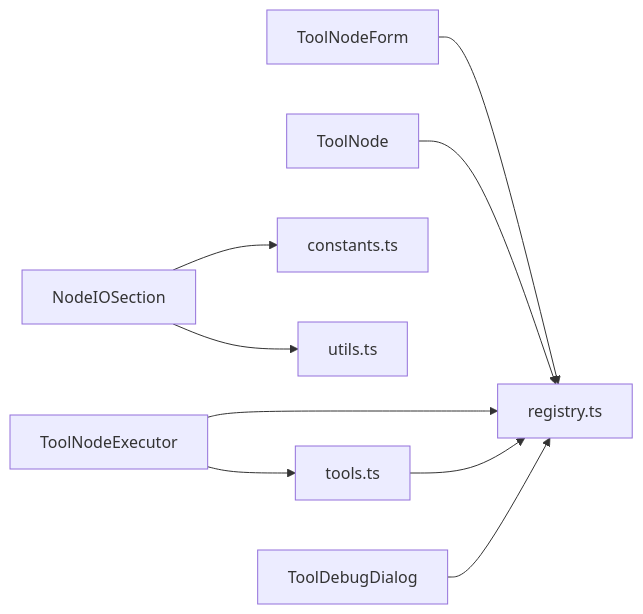
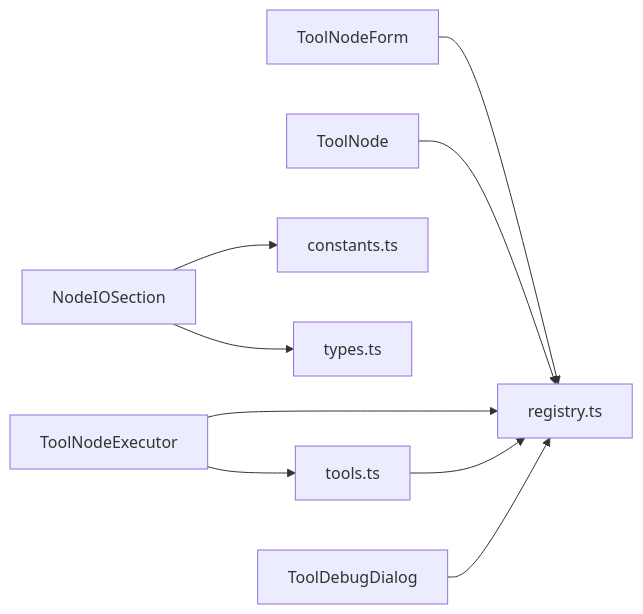
The fifth of 5 diagrams in .qoder/repowiki/zh/content/UI组件架构/构建器组件/工具节点表单.md (JasperLin2333/Flash-Flow), drawn with Mermaid before and after one commit. The commit also changed other lines of this file and 19 other files, not shown here.

````diff
--- a/.qoder/repowiki/zh/content/UI组件架构/构建器组件/工具节点表单.md
+++ b/.qoder/repowiki/zh/content/UI组件架构/构建器组件/工具节点表单.md
@@ -265,11 +275,11 @@
 ```mermaid
 graph LR
 Form["ToolNodeForm"] --> Reg["registry.ts"]
 NodeUI["ToolNode"] --> Reg
 HUD["NodeIOSection"] --> Const["constants.ts"]
-HUD --> Utils["utils.ts"]
+HUD --> Utils["types.ts"]
 Exec["ToolNodeExecutor"] --> Reg
 Exec --> Act["tools.ts"]
 Act --> Reg
 Debug["ToolDebugDialog"] --> Reg
 ```
````
